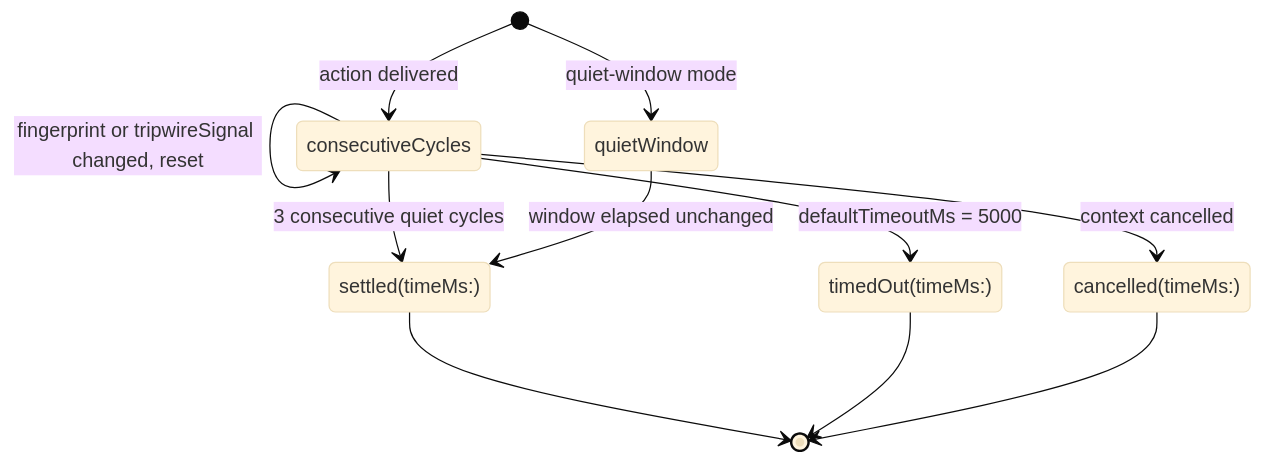
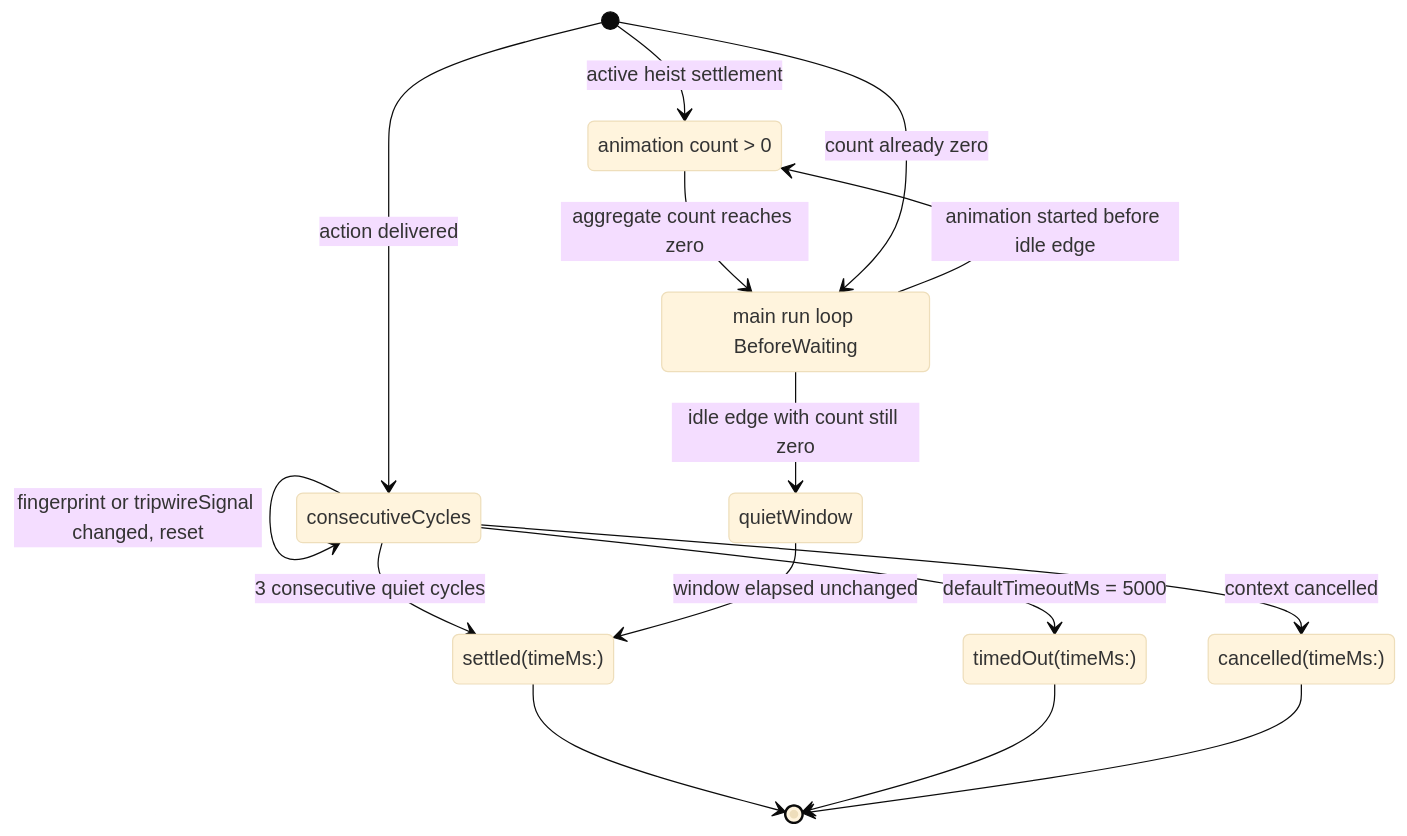
One commit to RoyalPineapple/TheButtonHeist changed the first of 2 diagrams in docs/diagrams/settle-loop.md. Above: the diagram before and after it, drawn with Mermaid (base theme). The commit also changed other lines of this file and 18 other files, not shown here.

Commit message:
Add heist-scoped UIKit idle tracking

````diff
--- a/docs/diagrams/settle-loop.md
+++ b/docs/diagrams/settle-loop.md
@@ -8,23 +8,30 @@
 ```mermaid
 stateDiagram-v2
     direction TB
     state "consecutiveCycles" as cycles
     state "quietWindow" as quiet
     state "settled(timeMs:)" as settled
     state "timedOut(timeMs:)" as timedOut
     state "cancelled(timeMs:)" as cancelled
 
     [*] --> cycles : action delivered
     cycles --> cycles : fingerprint unchanged, quiet +1
     cycles --> cycles : fingerprint or tripwireSignal changed, reset
     cycles --> settled : 3 consecutive quiet cycles
     cycles --> timedOut : defaultTimeoutMs = 5000
     cycles --> cancelled : context cancelled
 
-    [*] --> quiet : quiet-window mode
+    state "animation count > 0" as animating
+    state "main run loop BeforeWaiting" as runLoopIdle
+
+    [*] --> animating : active heist settlement
+    animating --> runLoopIdle : aggregate count reaches zero
+    [*] --> runLoopIdle : count already zero
+    runLoopIdle --> animating : animation started before idle edge
+    runLoopIdle --> quiet : idle edge with count still zero
     quiet --> settled : window elapsed unchanged
 
     settled --> [*]
     timedOut --> [*]
     cancelled --> [*]
 ```
````
